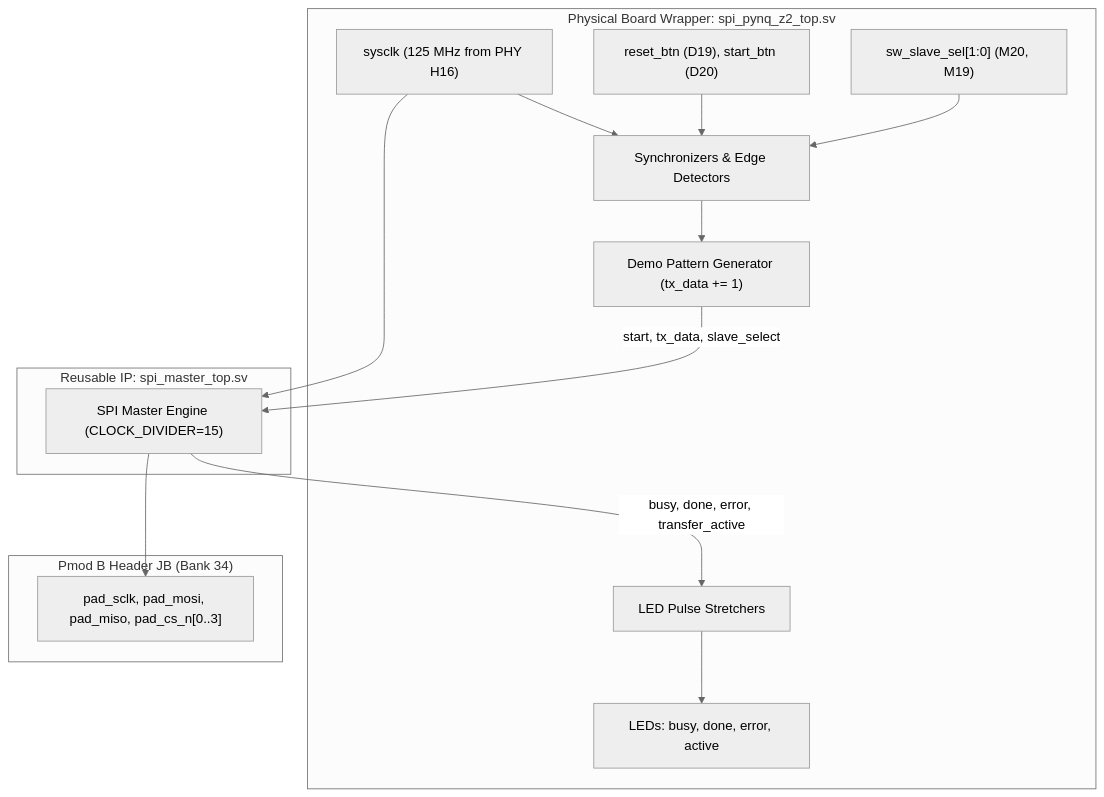
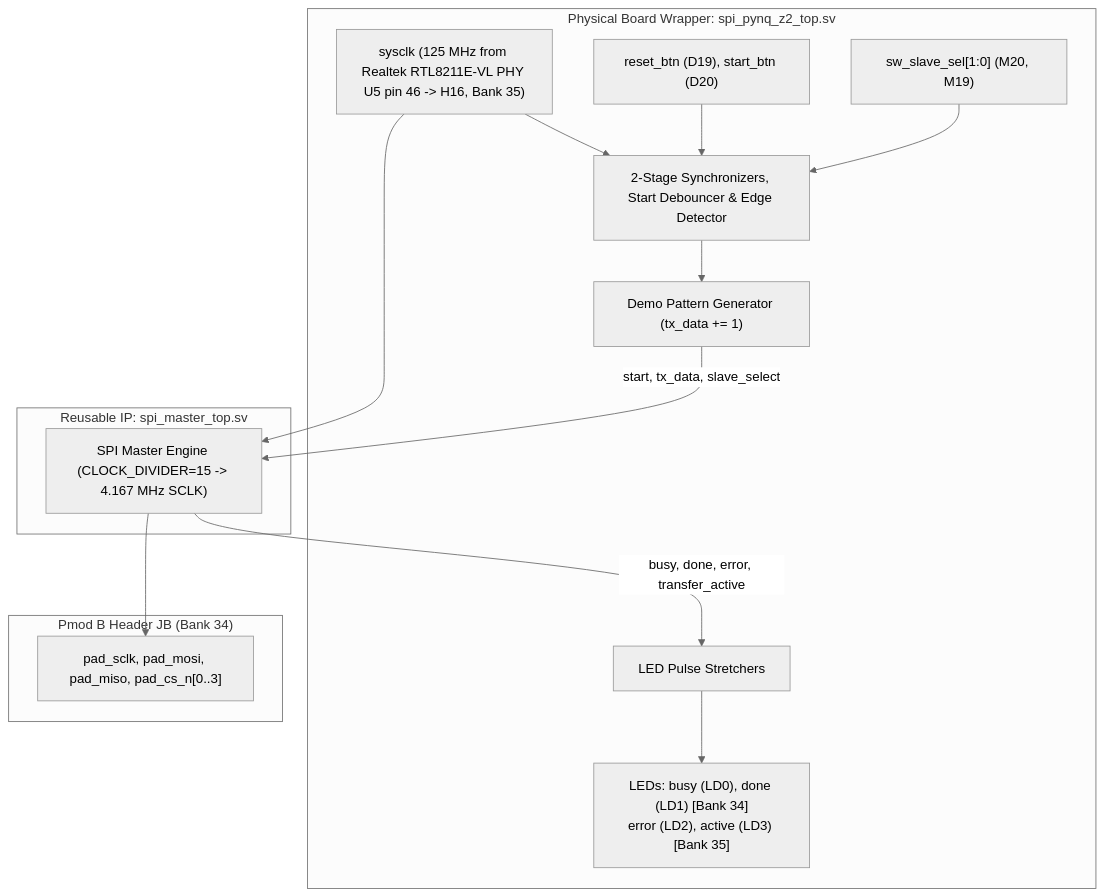
One commit to NAVADEEP2006-cmd/PARAMETERIZED-SPI-IP-CORE changed the fifth of 5 diagrams in docs/ARCHITECTURE.md. Above: the diagram before and after it, drawn with Mermaid (neutral theme). The commit also changed other lines of this file and 12 other files, not shown here.

````diff
--- a/docs/ARCHITECTURE.md
+++ b/docs/ARCHITECTURE.md
@@ -230,30 +233,30 @@
 ```mermaid
 flowchart TD
     subgraph PYNQ_Z2_Top ["Physical Board Wrapper: spi_pynq_z2_top.sv"]
-        CLK_IN["sysclk (125 MHz from PHY H16)"]
+        CLK_IN["sysclk (125 MHz from Realtek RTL8211E-VL PHY U5 pin 46 -> H16, Bank 35)"]
         BTN_IN["reset_btn (D19), start_btn (D20)"]
         SW_IN["sw_slave_sel[1:0] (M20, M19)"]
-        SYNC["Synchronizers & Edge Detectors"]
+        SYNC["2-Stage Synchronizers, Start Debouncer & Edge Detector"]
         DEMO_GEN["Demo Pattern Generator (tx_data += 1)"]
         PULSE_EXT["LED Pulse Stretchers"]
-        LED_OUT["LEDs: busy, done, error, active"]
+        LED_OUT["LEDs: busy (LD0), done (LD1) [Bank 34]\nerror (LD2), active (LD3) [Bank 35]"]
     end
 
     subgraph Core_Top ["Reusable IP: spi_master_top.sv"]
-        CORE["SPI Master Engine (CLOCK_DIVIDER=15)"]
+        CORE["SPI Master Engine (CLOCK_DIVIDER=15 -> 4.167 MHz SCLK)"]
     end
 
     subgraph Pmod_B ["Pmod B Header JB (Bank 34)"]
         PAD_SPI["pad_sclk, pad_mosi, pad_miso, pad_cs_n[0..3]"]
     end
 
     CLK_IN --> SYNC
     BTN_IN --> SYNC
     SW_IN --> SYNC
     SYNC --> DEMO_GEN
     DEMO_GEN -->|start, tx_data, slave_select| CORE
     CLK_IN --> CORE
     CORE -->|busy, done, error, transfer_active| PULSE_EXT
     PULSE_EXT --> LED_OUT
     CORE --> PAD_SPI
 ```
````
